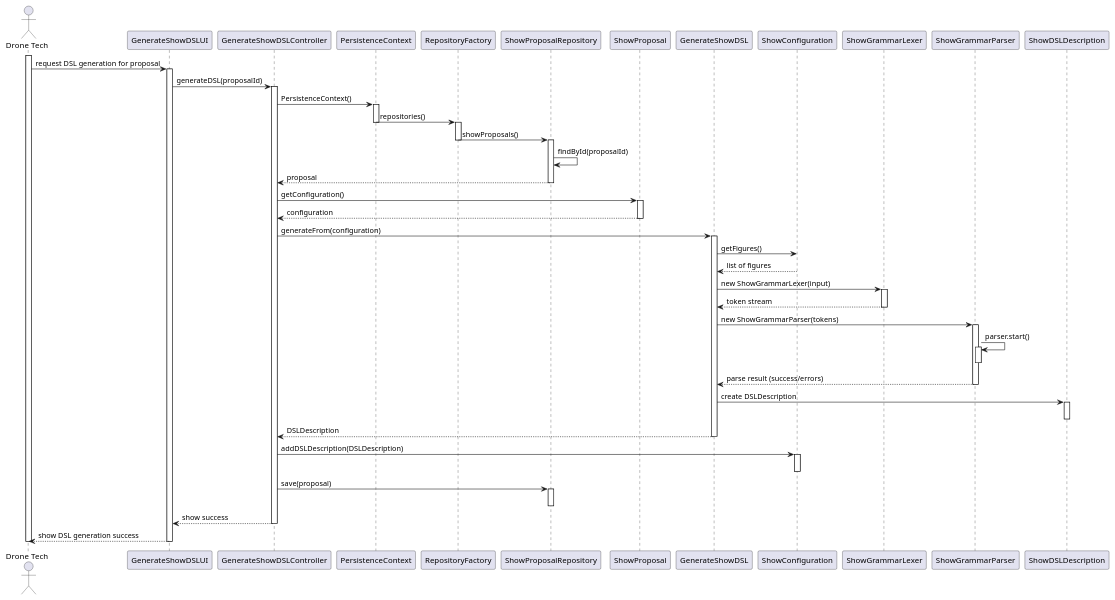
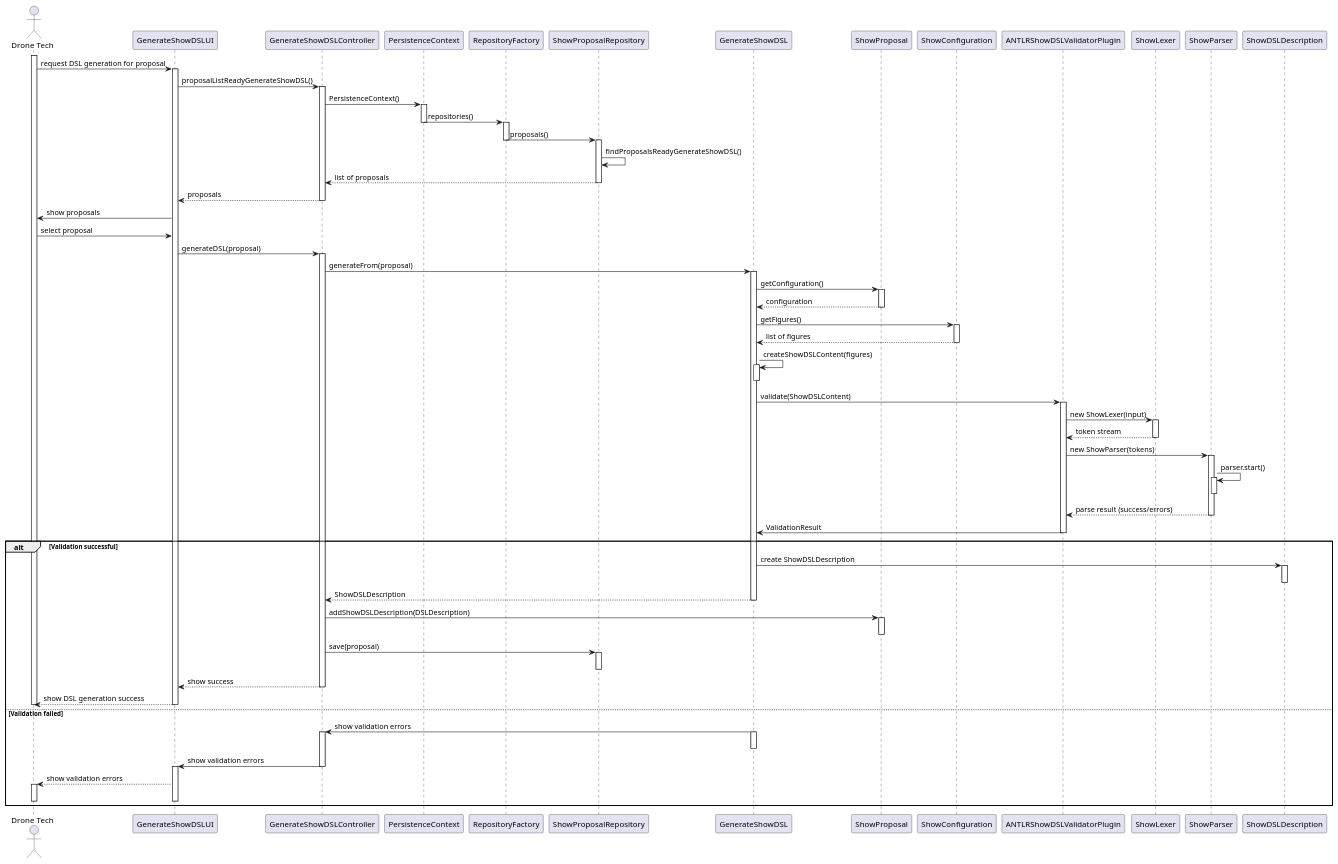
One commit to diogoveirospro/sem4pi-2024-2025-sem4pi_2024_2025_g44 changed the diagram in docs/SPRINT_3/US348/puml/sequence_diagram_us348.puml. Above: the diagram before and after it, drawn with PlantUML. The commit also changed 32 other files, not shown here.

```diff
--- a/docs/SPRINT_3/US348/puml/sequence_diagram_us348.puml
+++ b/docs/SPRINT_3/US348/puml/sequence_diagram_us348.puml
@@ -1,82 +1,127 @@
 @startuml
 actor "Drone Tech" as User
 participant "GenerateShowDSLUI" as UI
 participant "GenerateShowDSLController" as Controller
 participant "PersistenceContext" as Persistence
 participant "RepositoryFactory" as Factory
 participant "ShowProposalRepository" as Repo
+participant "GenerateShowDSL" as Service
 participant "ShowProposal" as Proposal
-participant "GenerateShowDSL" as DSLGenerator
 participant "ShowConfiguration" as Configuration
-participant "ShowGrammarLexer" as Lexer
-participant "ShowGrammarParser" as Parser
-participant "ShowDSLDescription" as DSLDescription
+participant "ANTLRShowDSLValidatorPlugin" as Plugin
+participant "ShowLexer" as Lexer
+participant "ShowParser" as Parser
+participant "ShowDSLDescription" as ShowDSLDescription
 
 activate User
 
 User -> UI : request DSL generation for proposal
 activate UI
 
-UI -> Controller : generateDSL(proposalId)
+UI -> Controller : proposalListReadyGenerateShowDSL()
 activate Controller
 
 Controller -> Persistence : PersistenceContext()
 activate Persistence
 
 Persistence -> Factory : repositories()
 deactivate Persistence
 
 activate Factory
-Factory -> Repo : showProposals()
+Factory -> Repo : proposals()
 deactivate Factory
 
 activate Repo
-Repo -> Repo : findById(proposalId)
-Repo --> Controller : proposal
+Repo -> Repo : findProposalsReadyGenerateShowDSL()
+
+Repo --> Controller : list of proposals
 deactivate Repo
 
-Controller -> Proposal : getConfiguration()
+Controller --> UI : proposals
+deactivate Controller
+
+UI -> User : show proposals
+User -> UI : select proposal
+
+UI -> Controller : generateDSL(proposal)
+activate Controller
+
+Controller -> Service : generateFrom(proposal)
+activate Service
+
+Service -> Proposal : getConfiguration()
 activate Proposal
-Proposal --> Controller : configuration
+Proposal --> Service : configuration
 deactivate Proposal
 
-Controller -> DSLGenerator : generateFrom(configuration)
-activate DSLGenerator
+Service -> Configuration : getFigures()
+activate Configuration
 
-DSLGenerator -> Configuration : getFigures()
-Configuration --> DSLGenerator : list of figures
+Configuration --> Service : list of figures
+deactivate Configuration
 
-DSLGenerator -> Lexer : new ShowGrammarLexer(input)
+Service -> Service : createShowDSLContent(figures)
+activate Service
+deactivate Service
+
+Service -> Plugin : validate(ShowDSLContent)
+activate Plugin
+
+Plugin -> Lexer : new ShowLexer(input)
 activate Lexer
-Lexer --> DSLGenerator : token stream
+
+Lexer --> Plugin : token stream
 deactivate Lexer
 
-DSLGenerator -> Parser : new ShowGrammarParser(tokens)
+Plugin -> Parser : new ShowParser(tokens)
 activate Parser
+
 Parser -> Parser : parser.start()
 activate Parser
 deactivate Parser
 
-Parser --> DSLGenerator : parse result (success/errors)
+Parser --> Plugin : parse result (success/errors)
 deactivate Parser
-DSLGenerator -> DSLDescription : create DSLDescription
-activate DSLDescription
-deactivate DSLDescription
 
-DSLGenerator --> Controller : DSLDescription
-deactivate DSLGenerator
+Plugin -> Service : ValidationResult
+deactivate Plugin
 
-Controller -> Configuration : addDSLDescription(DSLDescription)
-activate Configuration
-deactivate Configuration
+alt Validation successful
+    Service -> ShowDSLDescription : create ShowDSLDescription
+    activate ShowDSLDescription
+    deactivate ShowDSLDescription
 
-Controller -> Repo : save(proposal)
-activate Repo
-deactivate Repo
+    Service --> Controller : ShowDSLDescription
+    deactivate Service
 
-Controller --> UI : show success
-deactivate Controller
-UI --> User : show DSL generation success
-deactivate UI
-deactivate User
+    Controller -> Proposal : addShowDSLDescription(DSLDescription)
+    activate Proposal
+    deactivate Proposal
+
+    Controller -> Repo : save(proposal)
+    activate Repo
+    deactivate Repo
+
+    Controller --> UI : show success
+    deactivate Controller
+
+    UI --> User : show DSL generation success
+    deactivate UI
+    deactivate User
+
+else Validation failed
+    Service -> Controller : show validation errors
+    activate Service
+    deactivate Service
+    activate Controller
+
+    Controller -> UI : show validation errors
+    deactivate Controller
+    activate UI
+
+    UI --> User : show validation errors
+    activate User
+    deactivate UI
+    deactivate User
+end
 @enduml
```
